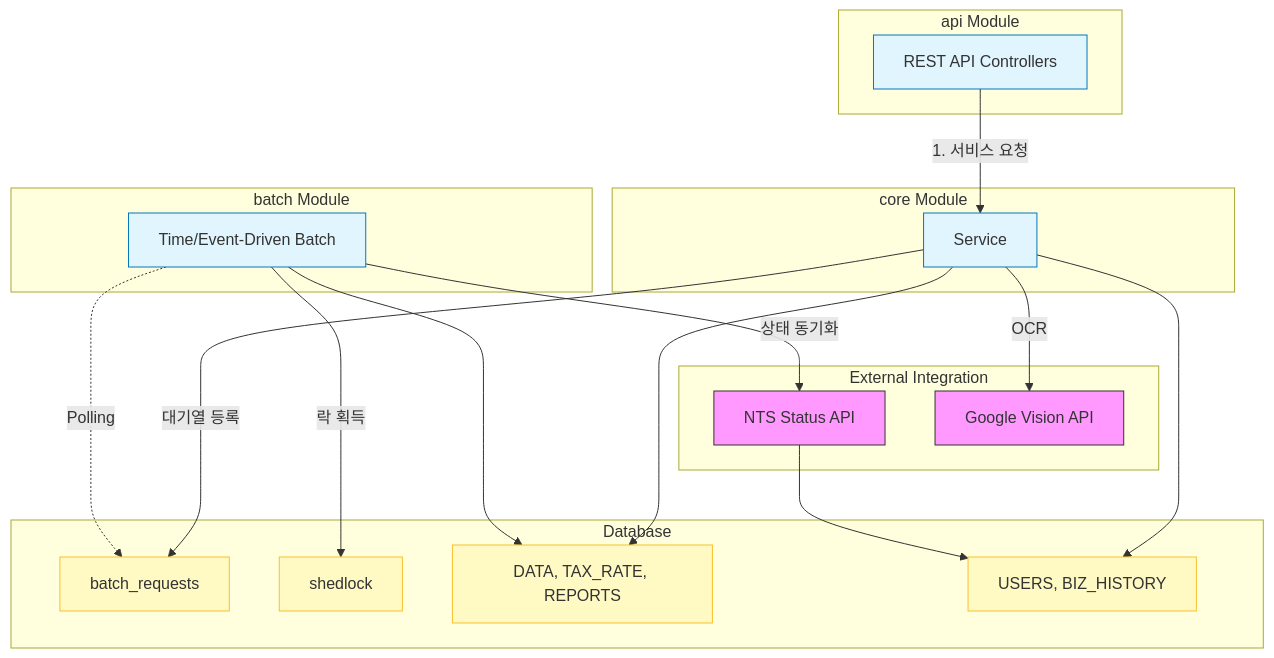
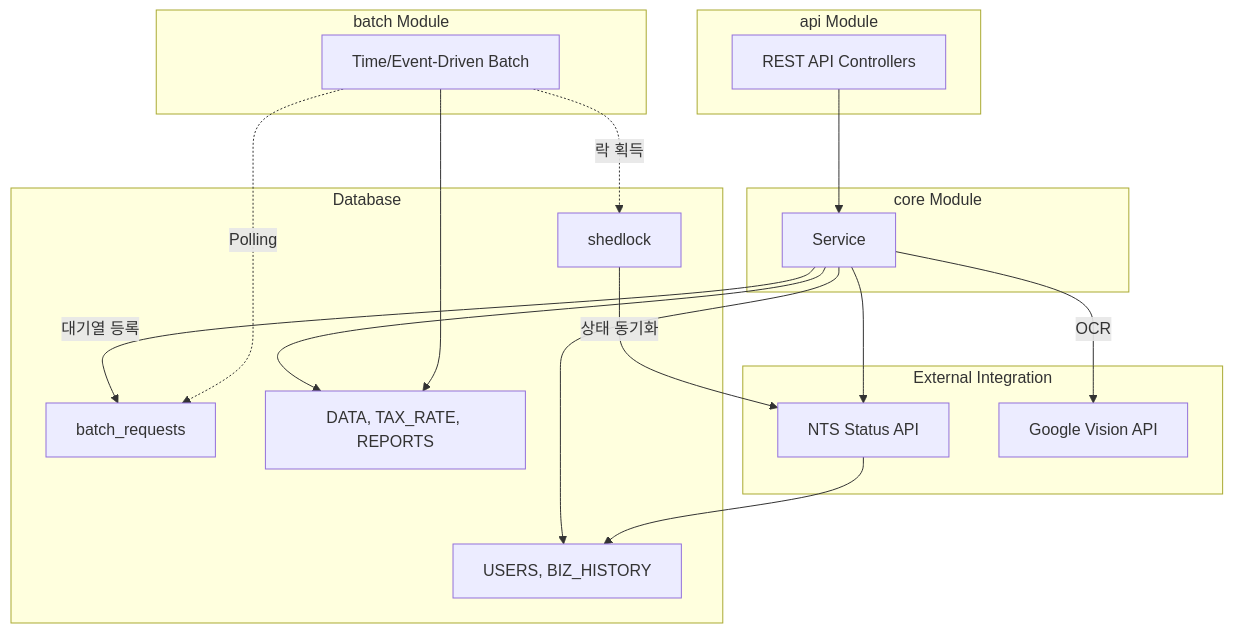
Before and after one commit to solkim7612/BizReport: the first of 2 diagrams in README.md, drawn with Mermaid.

Commit message:
correct readme3.5

````diff
--- a/README.md
+++ b/README.md
@@ -37,54 +37,50 @@
 ```mermaid
 graph TD
     %% 레이어별 배치
     subgraph EXT [External Integration]
         NTS[NTS Status API]
         GVA[Google Vision API]
     end
 
     subgraph API_L [api Module]
         API[REST API Controllers]
     end
 
     subgraph CORE_L [core Module]
         CORE[Service]
     end
 
     subgraph BATCH_L [batch Module]
         BATCH[Time/Event-Driven Batch]
     end
 
     subgraph DB [Database]
         REQ[batch_requests]
         SHED[shedlock]
         DATA[DATA, TAX_RATE, REPORTS]
         USR[USERS, BIZ_HISTORY]
     end
 
     %% 흐름 연결
-    API -->|1. 서비스 요청| CORE
+    API --> CORE
     
     %% Core 모듈의 기능적 흐름
     CORE -->|OCR| GVA
+    CORE --> NTS
     CORE -->|대기열 등록| REQ
     CORE --> DATA
     CORE --> USR
     
     %% Batch 모듈의 흐름
     BATCH -.->|Polling| REQ
-    BATCH -->|락 획득| SHED
+    BATCH -.->|락 획득| SHED
+    SHED -->|상태 동기화| NTS
     
     %% 배치와 외부 연동/DB
-    BATCH -->|상태 동기화| NTS
     NTS --> USR
     BATCH --> DATA
-    
-    %% 스타일링
-    classDef ext fill:#f9f,stroke:#333;
-    classDef mod fill:#e1f5fe,stroke:#0277bd;
-    classDef db fill:#fff9c4,stroke:#fbc02d;
     
     class NTS,GVA ext;
     class API,CORE,BATCH mod;
     class REQ,SHED,DATA,USR db;
 ```
````
